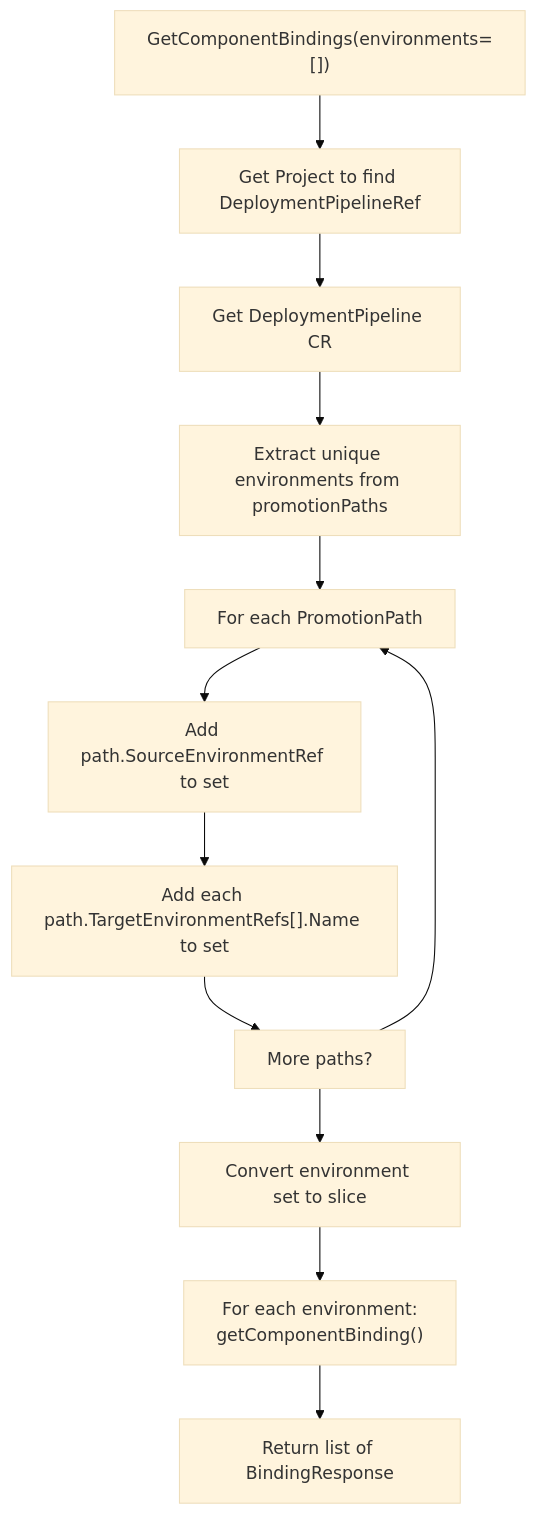
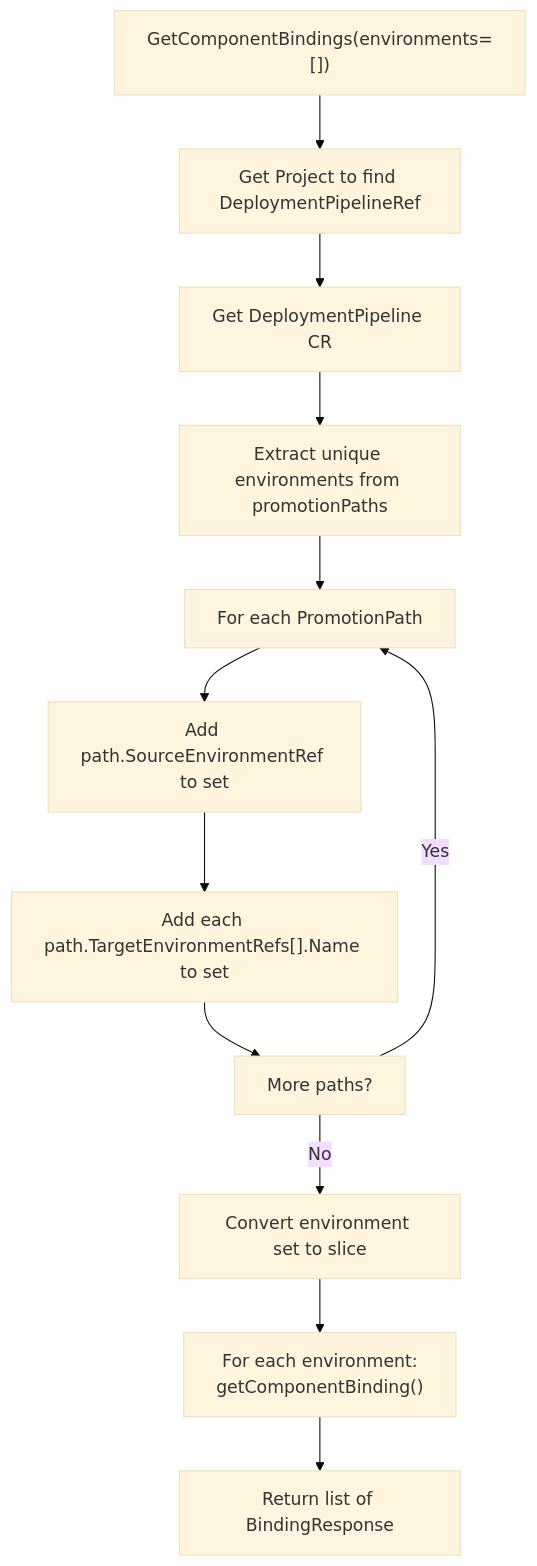
The fifth of 7 diagrams in docs/deepwiki/Component-Management.md (openchoreo/openchoreo), drawn with Mermaid (base theme) before and after one commit. The commit also changed other lines of this file and 85 other files, not shown here.

Commit message:
feat: Add new workflow and specification templates, update Helm chart dependencies, and clarify documentation diagrams.

````diff
--- a/docs/deepwiki/Component-Management.md
+++ b/docs/deepwiki/Component-Management.md
@@ -379,27 +379,27 @@
 ```mermaid
 flowchart TD
 
 Start["GetComponentBindings(environments=[])"]
 GetProject["Get Project to find DeploymentPipelineRef"]
 GetPipeline["Get DeploymentPipeline CR"]
 ExtractEnvs["Extract unique environments from promotionPaths"]
 IteratePaths["For each PromotionPath"]
 AddSource["Add path.SourceEnvironmentRef to set"]
 AddTargets["Add each path.TargetEnvironmentRefs[].Name to set"]
 MorePaths["More paths?"]
 ConvertToSlice["Convert environment set to slice"]
 FetchBindings["For each environment:<br>getComponentBinding()"]
 Return["Return list of BindingResponse"]
 
 Start --> GetProject
 GetProject --> GetPipeline
 GetPipeline --> ExtractEnvs
 ExtractEnvs --> IteratePaths
 IteratePaths --> AddSource
 AddSource --> AddTargets
 AddTargets --> MorePaths
-MorePaths --> IteratePaths
-MorePaths --> ConvertToSlice
+MorePaths -->|"Yes"| IteratePaths
+MorePaths -->|"No"| ConvertToSlice
 ConvertToSlice --> FetchBindings
 FetchBindings --> Return
 ```
````
